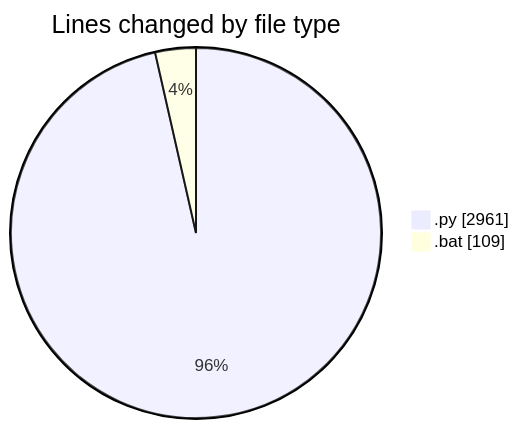
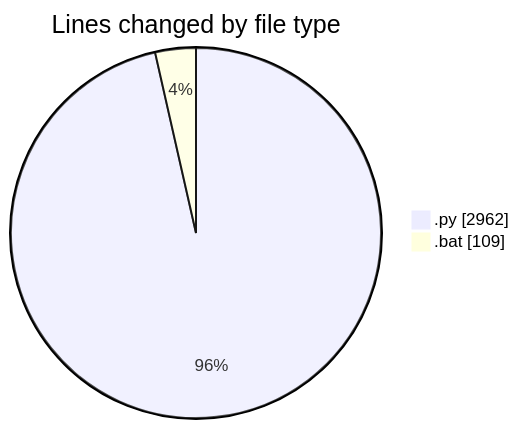
The first of 2 diagrams in 2025-07-03/cursor/README.md (FelipKnott/code-tracking), drawn with Mermaid before and after one commit. The commit also changed other lines of this file and 1 other file, not shown here.

````diff
--- a/2025-07-03/cursor/README.md
+++ b/2025-07-03/cursor/README.md
@@ -39,6 +40,6 @@
 ```mermaid
 pie showData
 title Lines changed by file type
-".py" : 2961
+".py" : 2962
 ".bat" : 109
 ```
````
